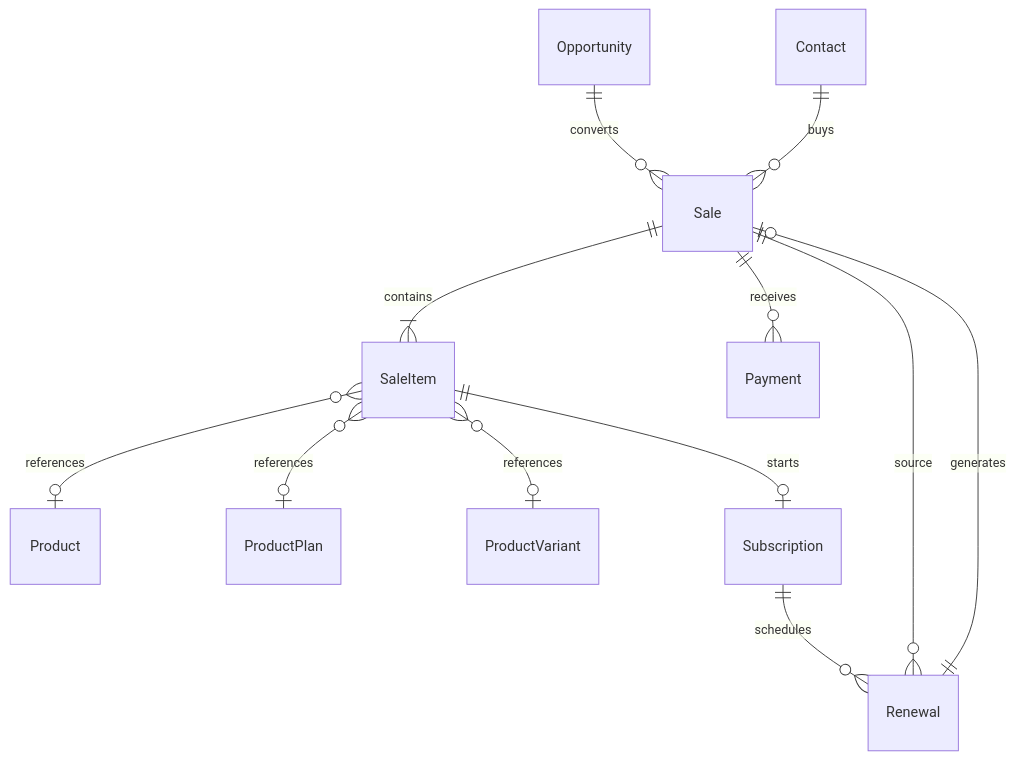
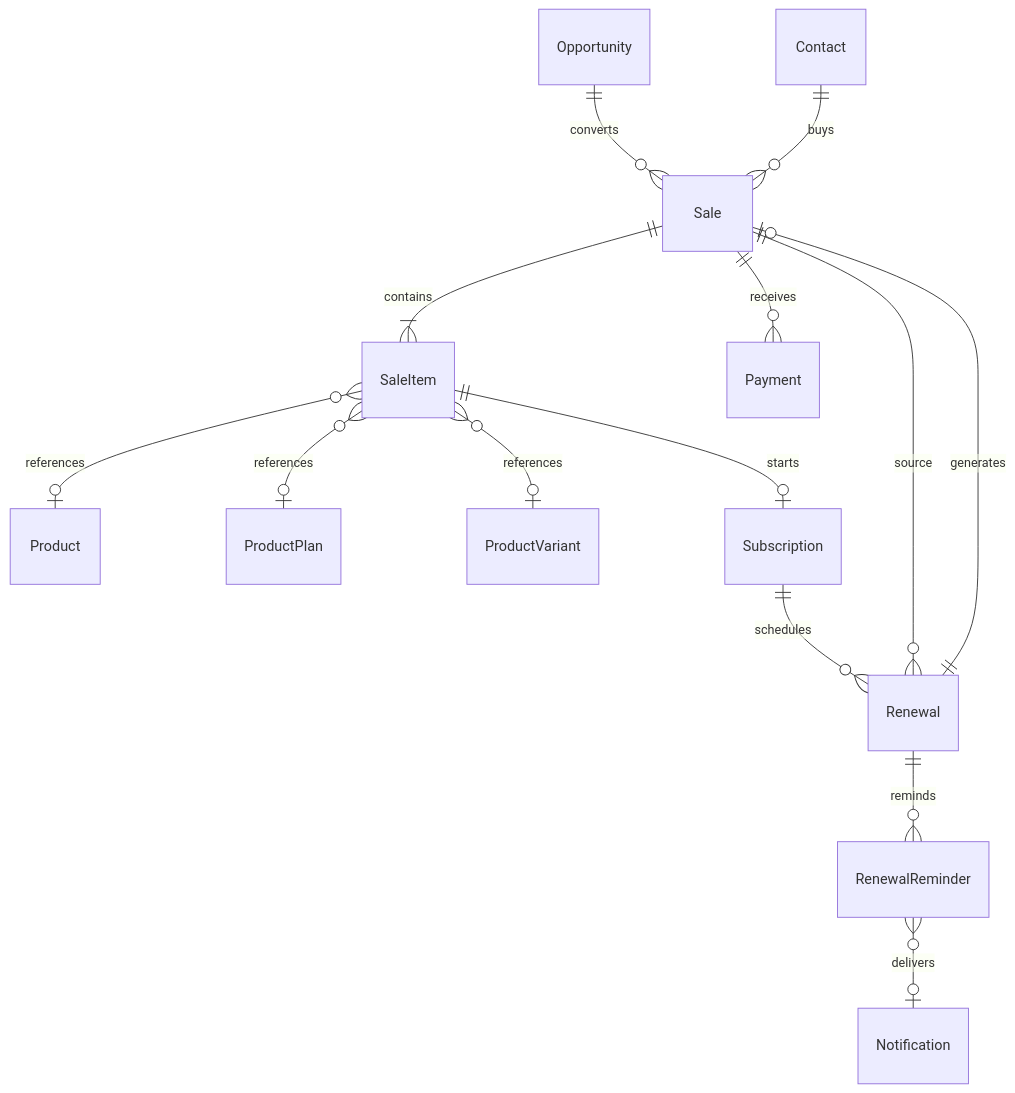
Before and after one commit to MiguelTroncoso/SuperFlash_CRM: the second of 2 diagrams in docs/domain-model.md, drawn with Mermaid. The commit also changed other lines of this file and 41 other files, not shown here.

````diff
--- a/docs/domain-model.md
+++ b/docs/domain-model.md
@@ -178,14 +178,16 @@
 ```mermaid
 erDiagram
     Opportunity ||--o{ Sale : converts
     Contact ||--o{ Sale : buys
     Sale ||--|{ SaleItem : contains
     Sale ||--o{ Payment : receives
     SaleItem }o--o| Product : references
     SaleItem }o--o| ProductPlan : references
     SaleItem }o--o| ProductVariant : references
     SaleItem ||--o| Subscription : starts
     Subscription ||--o{ Renewal : schedules
     Renewal }o--|| Sale : source
     Renewal ||--o| Sale : generates
+    Renewal ||--o{ RenewalReminder : reminds
+    RenewalReminder }o--o| Notification : delivers
 ```
````
